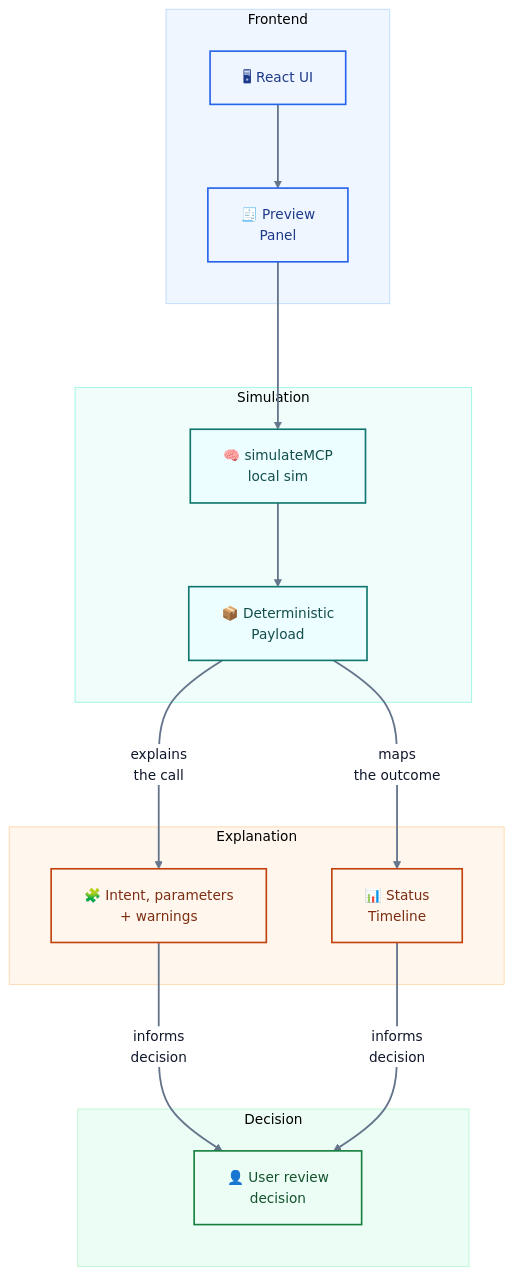
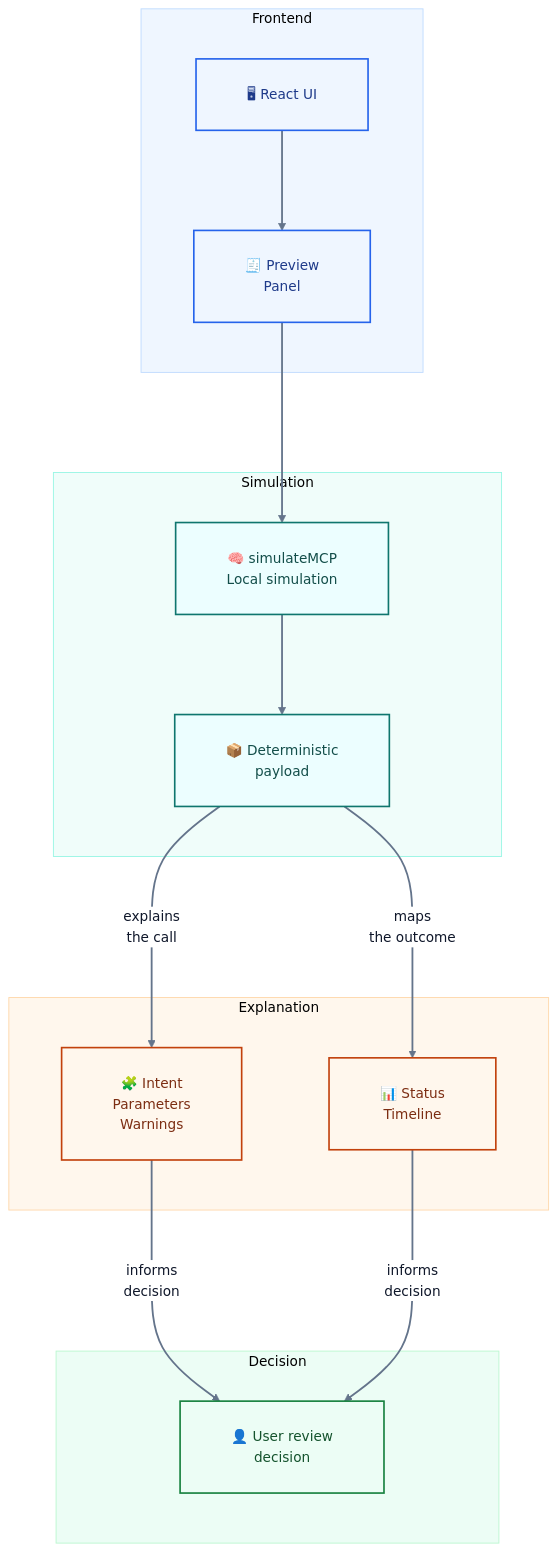
One commit to sunshineluyao/Moss-Mcp-Transaction changed the fourth of 8 diagrams in README.md. Above: the diagram before and after it, drawn with Mermaid. The commit also changed other lines of this file, not shown here.

Commit message:
Improve readability across all Mermaid diagrams

````diff
--- a/README.md
+++ b/README.md
@@ -366,39 +366,39 @@
 ```mermaid
-%%{init: {'theme':'base','flowchart': {'htmlLabels': true, 'nodeSpacing': 72, 'rankSpacing': 92, 'curve': 'basis', 'padding': 18},'themeVariables': {'fontFamily':'Inter, Segoe UI, sans-serif','fontSize':'15px','primaryTextColor':'#0f172a','lineColor':'#64748b','clusterBkg':'#f8fafc','clusterBorder':'#cbd5e1','edgeLabelBackground':'#ffffff','primaryBorderColor':'#2563eb','primaryColor':'#eff6ff'}}}%%
+%%{init: {'theme':'base','flowchart': {'htmlLabels': true, 'nodeSpacing': 96, 'rankSpacing': 110, 'curve': 'basis', 'padding': 28, 'diagramPadding': 24, 'wrappingWidth': 260},'themeVariables': {'fontFamily':'Inter, Segoe UI, sans-serif','fontSize':'15px','primaryTextColor':'#0f172a','lineColor':'#64748b','clusterBkg':'#f8fafc','clusterBorder':'#cbd5e1','edgeLabelBackground':'#ffffff','primaryBorderColor':'#2563eb','primaryColor':'#eff6ff'}}}%%
 flowchart TB
   subgraph L1[Frontend]
     UI["🖥 React UI"] --> Preview["🧾 Preview<br/>Panel"]
   end
 
   subgraph L2[Simulation]
-    Engine["🧠 simulateMCP<br/>local sim"] --> Data["📦 Deterministic<br/>Payload"]
+    Engine["🧠 simulateMCP<br/>Local simulation"] --> Data["📦 Deterministic<br/>payload"]
   end
 
   subgraph L3[Explanation]
-    Cards["🧩 Intent, parameters<br/>+ warnings"]
+    Cards["🧩 Intent<br/>Parameters<br/>Warnings"]
     Timeline["📊 Status<br/>Timeline"]
   end
 
   subgraph L4[Decision]
     User["👤 User review<br/>decision"]
   end
 
   Preview --> Engine
   Data -->|explains<br/>the call| Cards -->|informs<br/>decision| User
   Data -->|maps<br/>the outcome| Timeline -->|informs<br/>decision| User
 
   classDef frontend fill:#eff6ff,stroke:#2563eb,stroke-width:1.8px,color:#1e3a8a;
   classDef sim fill:#ecfeff,stroke:#0f766e,stroke-width:1.8px,color:#134e4a;
   classDef explain fill:#fff7ed,stroke:#c2410c,stroke-width:1.8px,color:#7c2d12;
   classDef decision fill:#ecfdf5,stroke:#15803d,stroke-width:1.8px,color:#14532d;
 
   class UI,Preview frontend;
   class Engine,Data sim;
   class Cards,Timeline explain;
   class User decision;
   style L1 fill:#eff6ff,stroke:#bfdbfe,stroke-width:1px
   style L2 fill:#f0fdfa,stroke:#99f6e4,stroke-width:1px
   style L3 fill:#fff7ed,stroke:#fed7aa,stroke-width:1px
   style L4 fill:#ecfdf5,stroke:#bbf7d0,stroke-width:1px
   linkStyle default stroke:#64748b,stroke-width:2px;
 ```
````
